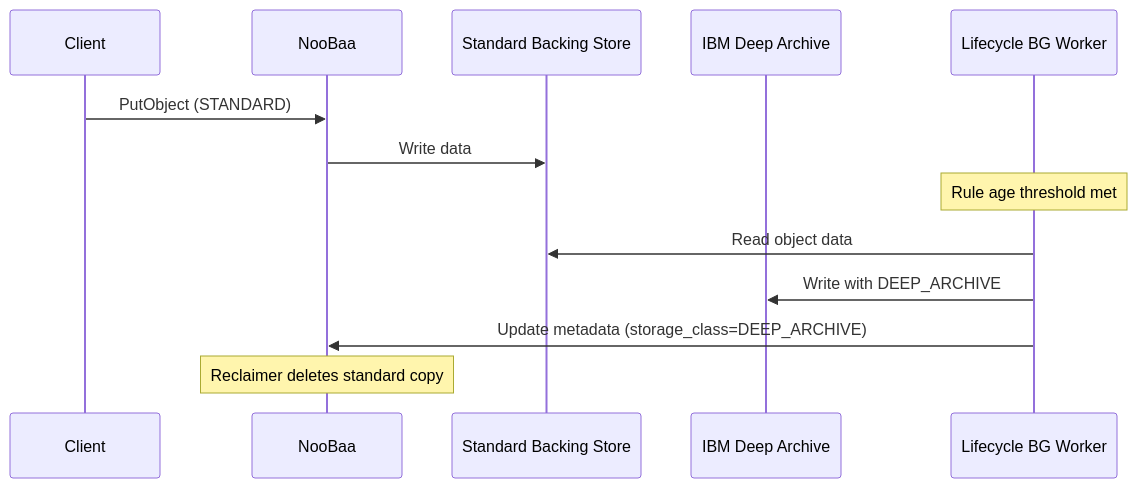
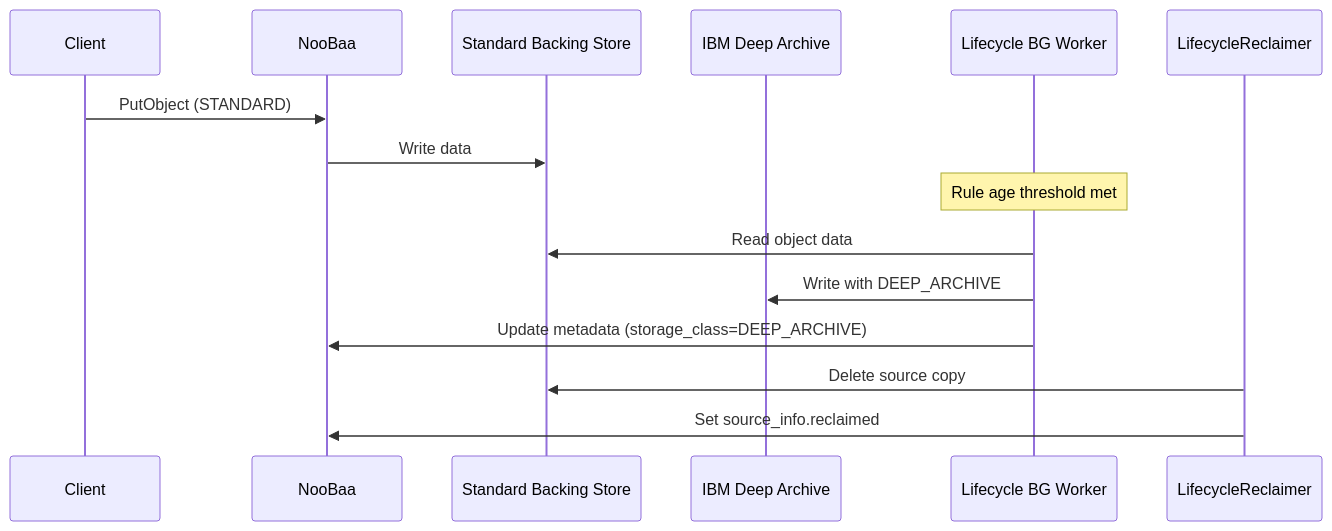
One commit to noobaa/noobaa-core changed the second of 2 diagrams in docs/design/DeepArchiveAPIsSupport.md. Above: the diagram before and after it, drawn with Mermaid. The commit also changed other lines of this file and 10 other files, not shown here.

Commit message:
Deep Archive | Lifecycle Reclaimer

````diff
--- a/docs/design/DeepArchiveAPIsSupport.md
+++ b/docs/design/DeepArchiveAPIsSupport.md
@@ -1177,16 +1177,18 @@
 ```mermaid
 sequenceDiagram
     participant Client
     participant NooBaa
     participant Standard as Standard Backing Store
     participant Archive as IBM Deep Archive
     participant LC as Lifecycle BG Worker
+    participant LR as LifecycleReclaimer
 
     Client->>NooBaa: PutObject (STANDARD)
     NooBaa->>Standard: Write data
     Note over LC: Rule age threshold met
     LC->>Standard: Read object data
     LC->>Archive: Write with DEEP_ARCHIVE
     LC->>NooBaa: Update metadata (storage_class=DEEP_ARCHIVE)
-    Note over NooBaa: Reclaimer deletes standard copy
+    LR->>Standard: Delete source copy
+    LR->>NooBaa: Set source_info.reclaimed
 ```
````
